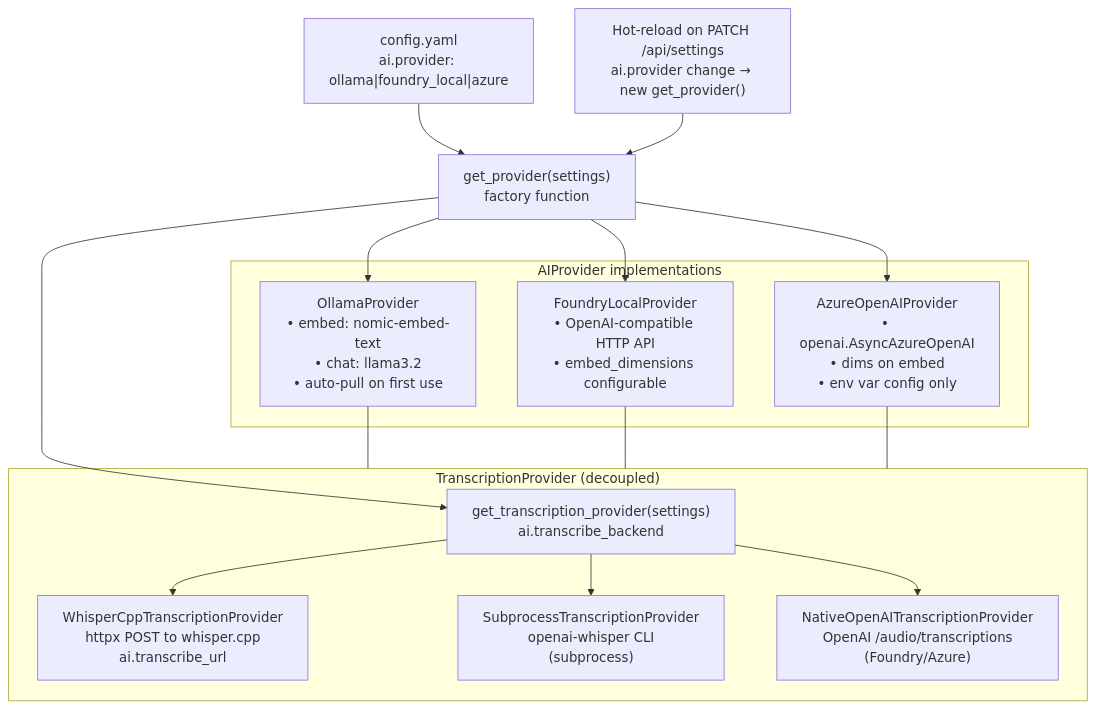
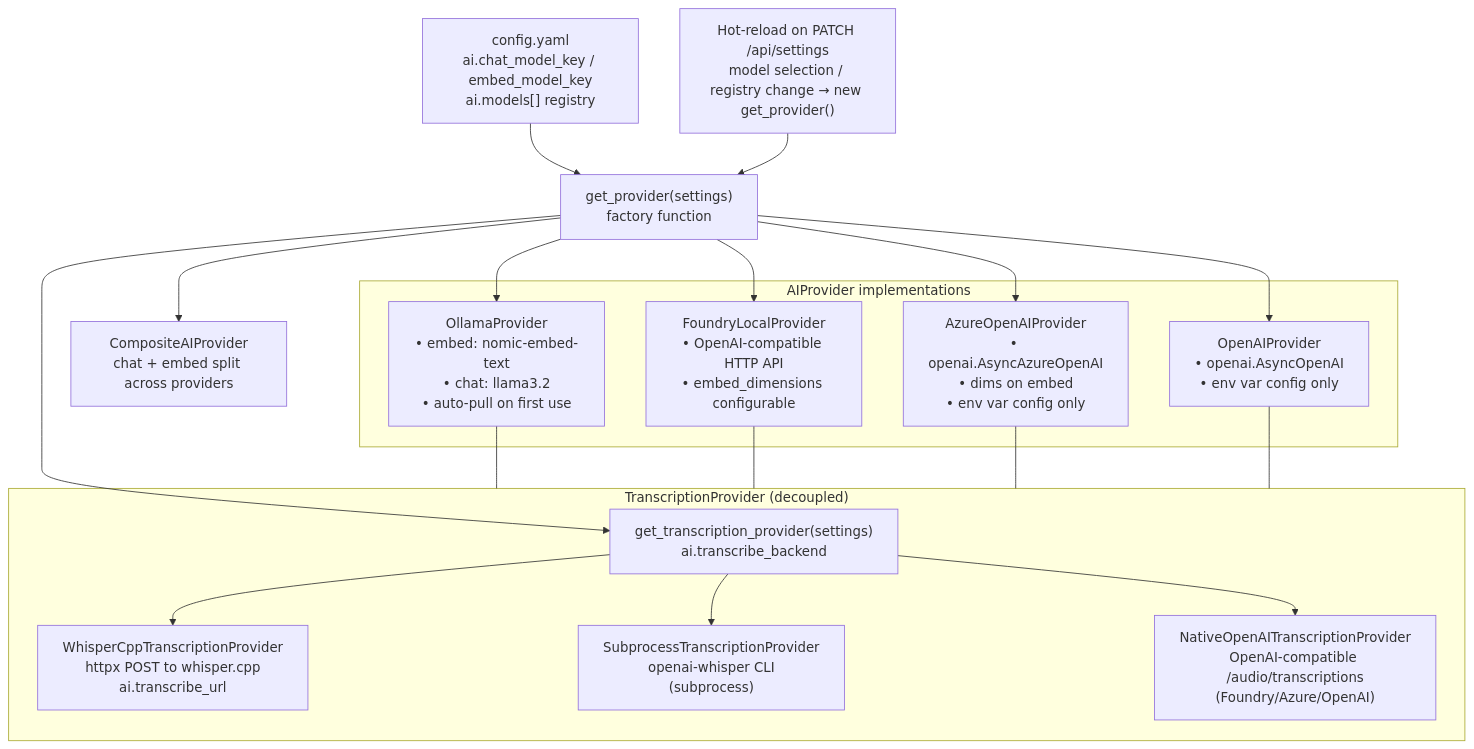
Before and after one commit to epopisces/monocle: the tenth of 12 diagrams in docs/architecture.md, drawn with Mermaid. The commit also changed other lines of this file and 49 other files, not shown here.

First line of the commit message:
Refactor tests and implement OpenAI provider integration

````diff
--- a/docs/architecture.md
+++ b/docs/architecture.md
@@ -550,32 +534,36 @@
 ```mermaid
 flowchart TD
-    CFG["config.yaml<br/>ai.provider: ollama|foundry_local|azure"]
+    CFG["config.yaml<br/>ai.chat_model_key / embed_model_key<br/>ai.models[] registry"]
     FACTORY["get_provider(settings)<br/>factory function"]
+    COMPOSITE["CompositeAIProvider<br/>chat + embed split across providers"]
 
     subgraph PROVIDERS["AIProvider implementations"]
         OLLAMA_P["OllamaProvider<br/>• embed: nomic-embed-text<br/>• chat: llama3.2<br/>• auto-pull on first use"]
         FOUNDRY_P["FoundryLocalProvider<br/>• OpenAI-compatible HTTP API<br/>• embed_dimensions configurable"]
         AZURE_P["AzureOpenAIProvider<br/>• openai.AsyncAzureOpenAI<br/>• dims on embed<br/>• env var config only"]
+        OPENAI_P["OpenAIProvider<br/>• openai.AsyncOpenAI<br/>• env var config only"]
     end
 
     subgraph TRANSCRIPTION["TranscriptionProvider (decoupled)"]
         TR_FACTORY["get_transcription_provider(settings)<br/>ai.transcribe_backend"]
         WHISPER_CPP["WhisperCppTranscriptionProvider<br/>httpx POST to whisper.cpp<br/>ai.transcribe_url"]
         SUBPROCESS["SubprocessTranscriptionProvider<br/>openai-whisper CLI<br/>(subprocess)"]
-        NATIVE["NativeOpenAITranscriptionProvider<br/>OpenAI /audio/transcriptions<br/>(Foundry/Azure)"]
+        NATIVE["NativeOpenAITranscriptionProvider<br/>OpenAI-compatible /audio/transcriptions<br/>(Foundry/Azure/OpenAI)"]
     end
 
-    HOT_RELOAD["Hot-reload on PATCH /api/settings<br/>ai.provider change → new get_provider()"]
+    HOT_RELOAD["Hot-reload on PATCH /api/settings<br/>model selection / registry change → new get_provider()"]
 
     CFG --> FACTORY
     FACTORY --> OLLAMA_P
     FACTORY --> FOUNDRY_P
     FACTORY --> AZURE_P
+    FACTORY --> OPENAI_P
+    FACTORY --> COMPOSITE
     FACTORY --> TR_FACTORY
     TR_FACTORY --> WHISPER_CPP
     TR_FACTORY --> SUBPROCESS
     TR_FACTORY --> NATIVE
     HOT_RELOAD --> FACTORY
 
-    OLLAMA_P & FOUNDRY_P & AZURE_P --- TRANSCRIPTION
+    OLLAMA_P & FOUNDRY_P & AZURE_P & OPENAI_P --- TRANSCRIPTION
 ```
````
